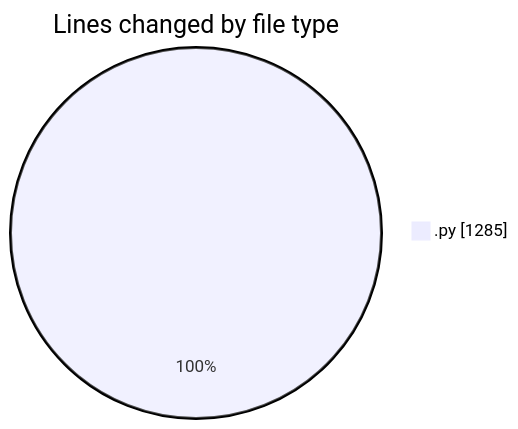
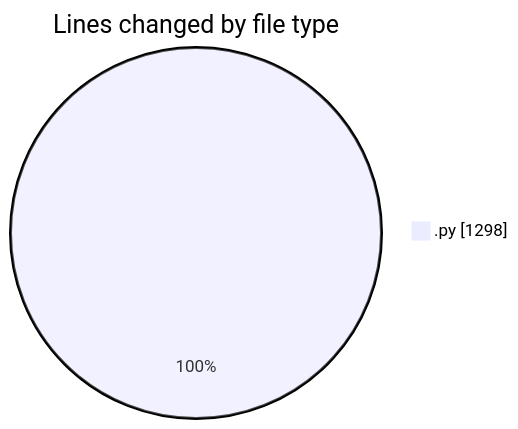
Before and after one commit to MatusMokan/code-tracking: the first of 2 diagrams in 2025-04-18/myws__workspace_/README.md, drawn with Mermaid. The commit also changed other lines of this file and 1 other file, not shown here.

````diff
--- a/2025-04-18/myws__workspace_/README.md
+++ b/2025-04-18/myws__workspace_/README.md
@@ -20,5 +20,5 @@
 ```mermaid
 pie showData
 title Lines changed by file type
-".py" : 1285
+".py" : 1298
 ```
````
